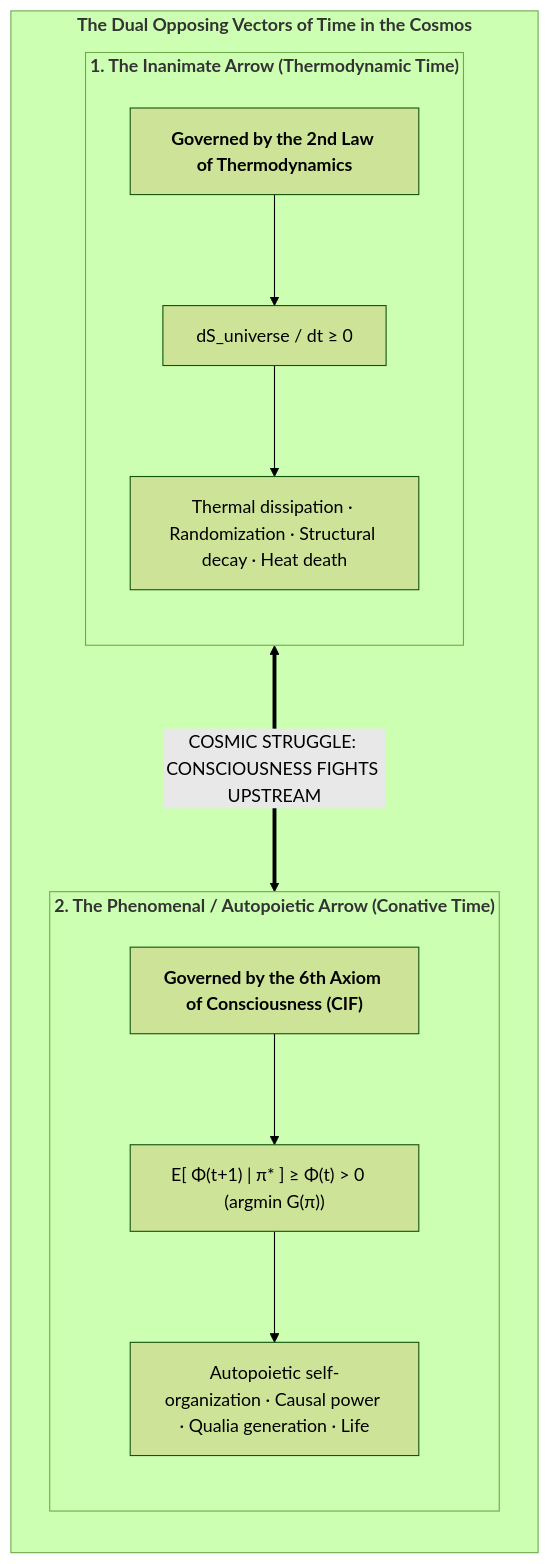
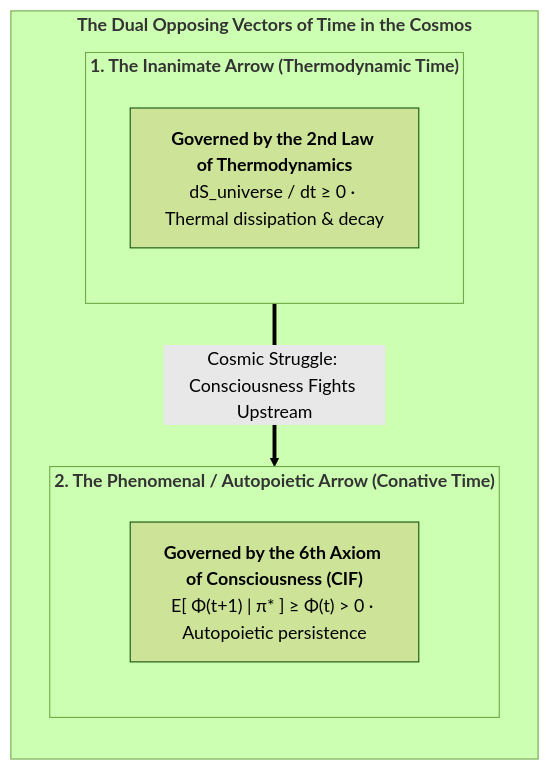
Before and after one commit to Thriebl/active-inference-phi-network: the sixth of 6 diagrams in book/manuscript_en/06_temporal_mechanics_of_consciousness_and_specious_present.md, drawn with Mermaid (forest theme). The commit also changed other lines of this file and 16 other files, not shown here.

Commit message:
Enhance English monograph: standardize chart sizing, number figures/statements/tables, add lists before App E, link open-source repo

````diff
--- a/book/manuscript_en/06_temporal_mechanics_of_consciousness_and_specious_present.md
+++ b/book/manuscript_en/06_temporal_mechanics_of_consciousness_and_specious_present.md
@@ -182,24 +188,18 @@
 ```mermaid
 flowchart TD
     subgraph COSMIC_POLARITY["<b>The Dual Opposing Vectors of Time in the Cosmos</b>"]
         direction TB
         
         subgraph THERMODYNAMIC_ARROW["<b>1. The Inanimate Arrow (Thermodynamic Time)</b>"]
             direction TB
-            T1["<b>Governed by the 2nd Law of Thermodynamics</b>"]
-            T2["dS_universe / dt ≥ 0"]
-            T3["Thermal dissipation · Randomization · Structural decay · Heat death"]
-            T1 --> T2 --> T3
+            T1["<b>Governed by the 2nd Law of Thermodynamics</b><br>dS_universe / dt ≥ 0 · Thermal dissipation & decay"]
         end
         
         subgraph CONATIVE_ARROW["<b>2. The Phenomenal / Autopoietic Arrow (Conative Time)</b>"]
             direction TB
-            C1["<b>Governed by the 6th Axiom of Consciousness (CIF)</b>"]
-            C2["E[ Φ(t+1) | π* ] ≥ Φ(t) > 0   (argmin G(π))"]
-            C3["Autopoietic self-organization · Causal power · Qualia generation · Life"]
-            C1 --> C2 --> C3
+            C1["<b>Governed by the 6th Axiom of Consciousness (CIF)</b><br>E[ Φ(t+1) | π* ] ≥ Φ(t) > 0 · Autopoietic persistence"]
         end
         
-        THERMODYNAMIC_ARROW <===>|"COSMIC STRUGGLE: CONSCIOUSNESS FIGHTS UPSTREAM"| CONATIVE_ARROW
+        THERMODYNAMIC_ARROW ==>|"Cosmic Struggle: Consciousness Fights Upstream"| CONATIVE_ARROW
     end
 ```
````
